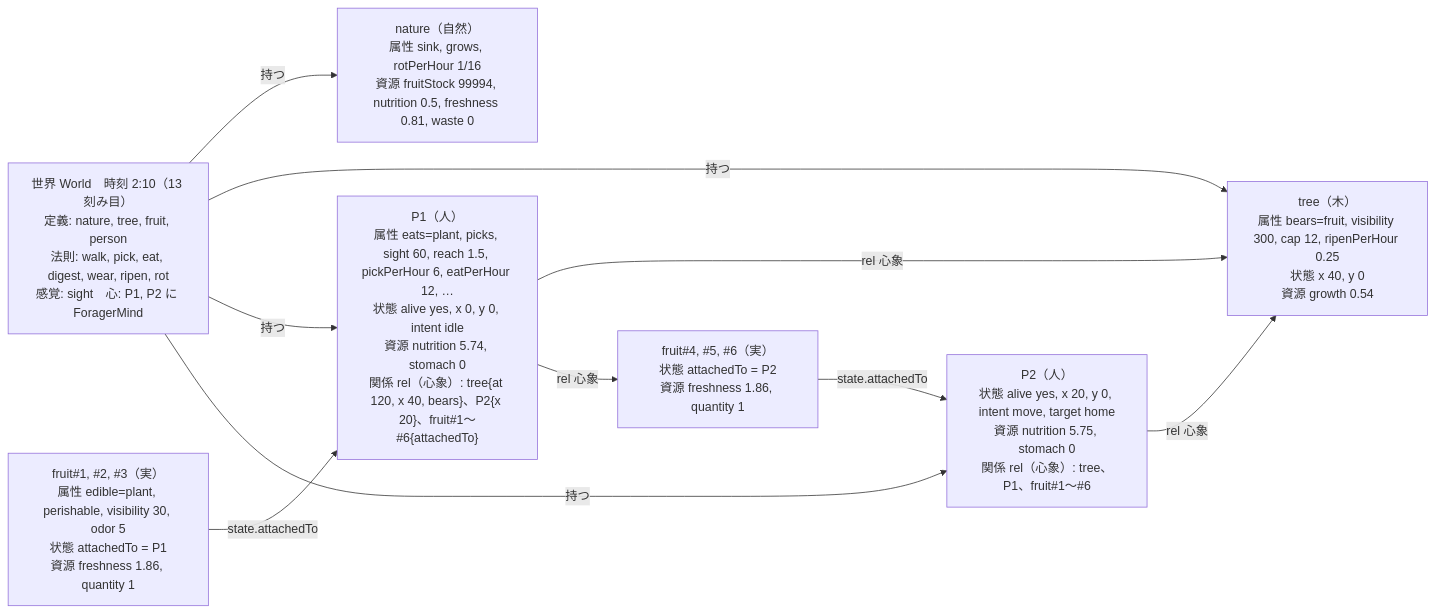
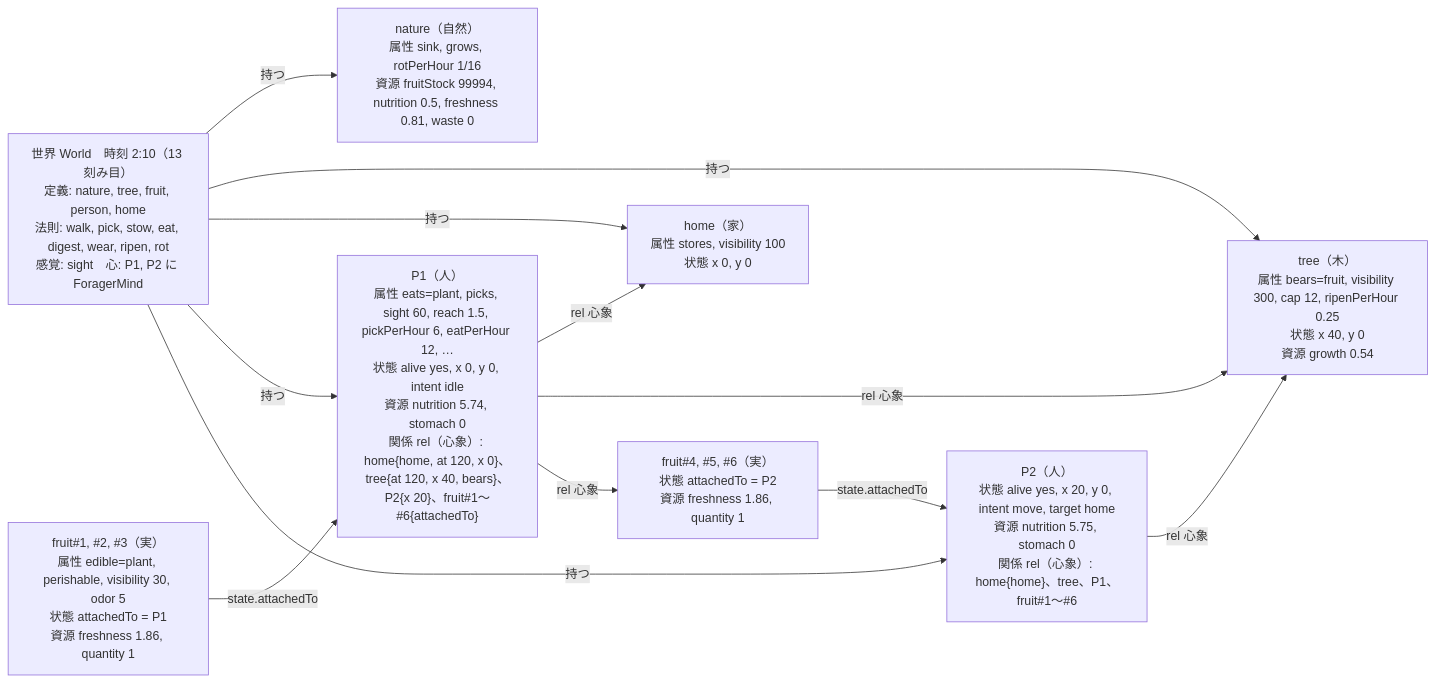
The diagram in docs/figures/src/design-fig6-object.mmd (demerzel09/Medieval-Simulator), drawn with Mermaid before and after one commit. The commit also changed 16 other files, not shown here.

```diff
--- a/docs/figures/src/design-fig6-object.mmd
+++ b/docs/figures/src/design-fig6-object.mmd
@@ -1,17 +1,20 @@
 flowchart LR
-  W["世界 World　時刻 2:10（13 刻み目）<br/>定義: nature, tree, fruit, person<br/>法則: walk, pick, eat, digest, wear, ripen, rot<br/>感覚: sight　心: P1, P2 に ForagerMind"]
+  W["世界 World　時刻 2:10（13 刻み目）<br/>定義: nature, tree, fruit, person, home<br/>法則: walk, pick, stow, eat, digest, wear, ripen, rot<br/>感覚: sight　心: P1, P2 に ForagerMind"]
   N["nature（自然）<br/>属性 sink, grows, rotPerHour 1/16<br/>資源 fruitStock 99994, nutrition 0.5, freshness 0.81, waste 0"]
   T["tree（木）<br/>属性 bears=fruit, visibility 300, cap 12, ripenPerHour 0.25<br/>状態 x 40, y 0<br/>資源 growth 0.54"]
+  H["home（家）<br/>属性 stores, visibility 100<br/>状態 x 0, y 0"]
   F1["fruit#1, #2, #3（実）<br/>属性 edible=plant, perishable, visibility 30, odor 5<br/>状態 attachedTo = P1<br/>資源 freshness 1.86, quantity 1"]
   F4["fruit#4, #5, #6（実）<br/>状態 attachedTo = P2<br/>資源 freshness 1.86, quantity 1"]
-  P1["P1（人）<br/>属性 eats=plant, picks, sight 60, reach 1.5, pickPerHour 6, eatPerHour 12, …<br/>状態 alive yes, x 0, y 0, intent idle<br/>資源 nutrition 5.74, stomach 0<br/>関係 rel（心象）: tree{at 120, x 40, bears}、P2{x 20}、fruit#1〜#6{attachedTo}"]
-  P2["P2（人）<br/>状態 alive yes, x 20, y 0, intent move, target home<br/>資源 nutrition 5.75, stomach 0<br/>関係 rel（心象）: tree、P1、fruit#1〜#6"]
+  P1["P1（人）<br/>属性 eats=plant, picks, sight 60, reach 1.5, pickPerHour 6, eatPerHour 12, …<br/>状態 alive yes, x 0, y 0, intent idle<br/>資源 nutrition 5.74, stomach 0<br/>関係 rel（心象）: home{home, at 120, x 0}、tree{at 120, x 40, bears}、P2{x 20}、fruit#1〜#6{attachedTo}"]
+  P2["P2（人）<br/>状態 alive yes, x 20, y 0, intent move, target home<br/>資源 nutrition 5.75, stomach 0<br/>関係 rel（心象）: home{home}、tree、P1、fruit#1〜#6"]
   W -->|"持つ"| N
   W -->|"持つ"| T
+  W -->|"持つ"| H
   W -->|"持つ"| P1
   W -->|"持つ"| P2
   F1 -->|"state.attachedTo"| P1
   F4 -->|"state.attachedTo"| P2
+  P1 -->|"rel 心象"| H
   P1 -->|"rel 心象"| T
   P1 -->|"rel 心象"| F4
   P2 -->|"rel 心象"| T
```
